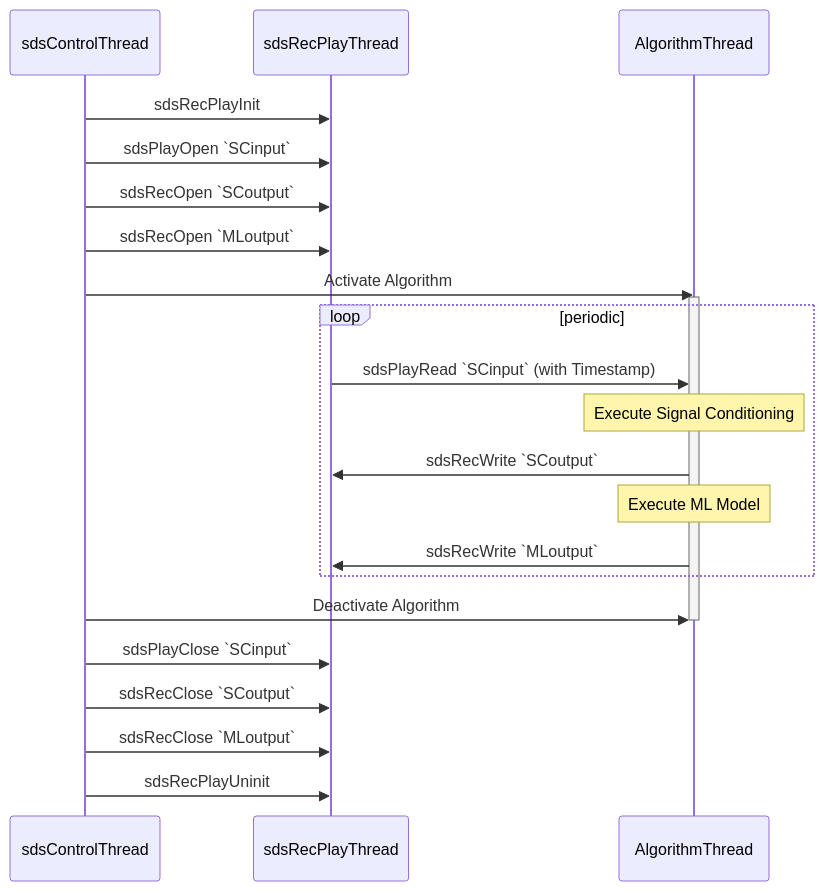
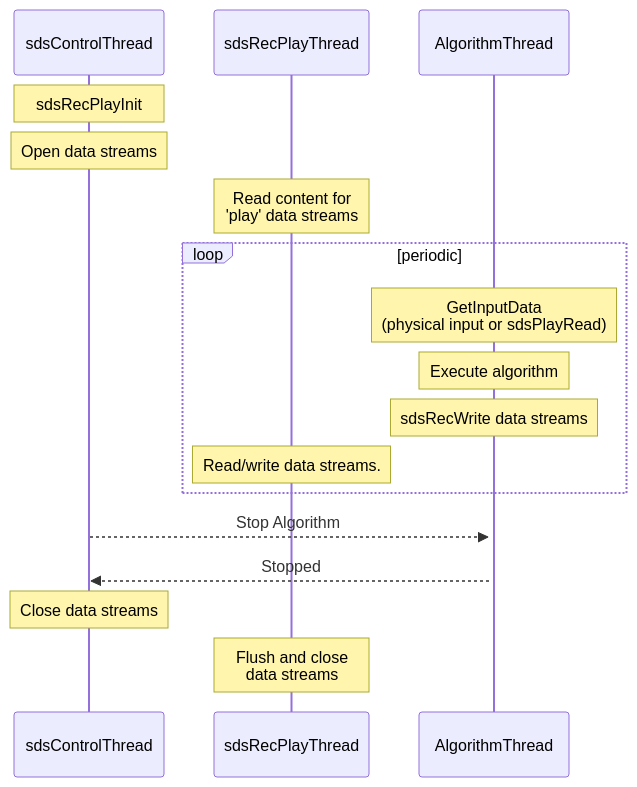
Before and after one commit to ARM-software/SDS-Framework: the first of 3 diagrams in documentation/theory.md, drawn with Mermaid. The commit also changed other lines of this file and 3 other files, not shown here.

````diff
--- a/documentation/theory.md
+++ b/documentation/theory.md
@@ -24,25 +24,21 @@
 ```mermaid
 sequenceDiagram
     participant sdsControlThread
     participant sdsRecPlayThread
     participant AlgorithmThread
-    sdsControlThread->>sdsRecPlayThread: sdsRecPlayInit
-    sdsControlThread->>sdsRecPlayThread: sdsPlayOpen `SCinput`
-    sdsControlThread->>sdsRecPlayThread: sdsRecOpen `SCoutput`
-    sdsControlThread->>sdsRecPlayThread: sdsRecOpen `MLoutput`
-    sdsControlThread->>AlgorithmThread: Activate Algorithm
-    Activate AlgorithmThread
+    Note over sdsControlThread: sdsRecPlayInit
+    activate sdsRecPlayThread
+    Note over sdsControlThread: Open data streams
+    Note over sdsRecPlayThread: Read content for<br/>'play' data streams
+    activate AlgorithmThread
     loop periodic
-        sdsRecPlayThread->>AlgorithmThread: sdsPlayRead `SCinput` (with Timestamp)
-        Note over AlgorithmThread: Execute Signal Conditioning
-        AlgorithmThread->>sdsRecPlayThread: sdsRecWrite `SCoutput`
-        Note over AlgorithmThread: Execute ML Model
-        AlgorithmThread->>sdsRecPlayThread: sdsRecWrite `MLoutput`
+        Note over AlgorithmThread: GetInputData<br/>(physical input or sdsPlayRead)
+        Note over AlgorithmThread: Execute algorithm
+        Note over AlgorithmThread: sdsRecWrite data streams 
+        Note over sdsRecPlayThread: Read/write data streams.
     end
-    sdsControlThread->>AlgorithmThread: Deactivate Algorithm
-    Deactivate AlgorithmThread
-    sdsControlThread->>sdsRecPlayThread: sdsPlayClose `SCinput`
-    sdsControlThread->>sdsRecPlayThread: sdsRecClose `SCoutput`
-    sdsControlThread->>sdsRecPlayThread: sdsRecClose `MLoutput`
-    sdsControlThread->>sdsRecPlayThread: sdsRecPlayUninit
+    sdsControlThread-->>AlgorithmThread: Stop Algorithm
+    AlgorithmThread-->>sdsControlThread: Stopped
+    Note over sdsControlThread: Close data streams
+    Note over sdsRecPlayThread: Flush and close<br/> data streams
 ```
````
